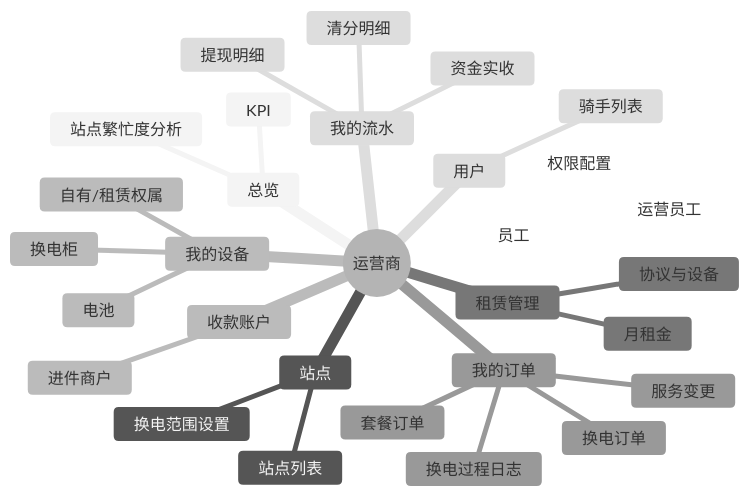
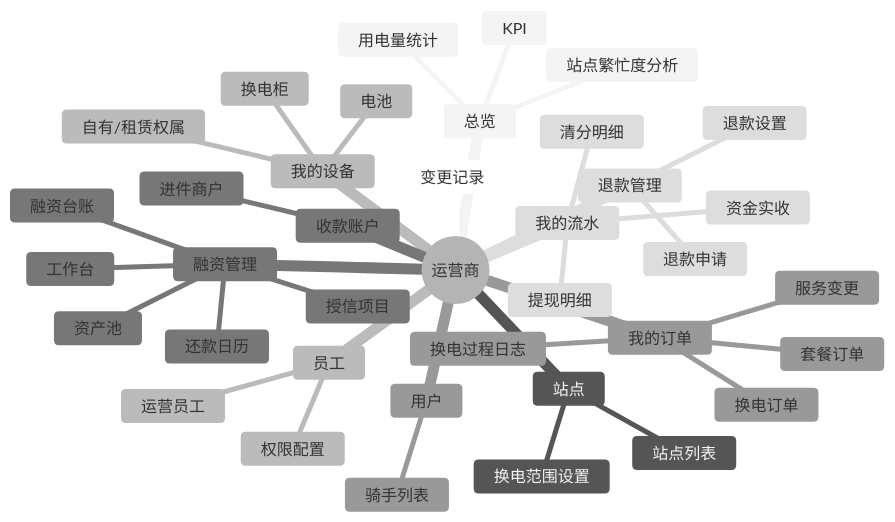
The fourth of 17 diagrams in docs/功能结构与业务流程.md (liudali/rider-swap-operator-prototype), drawn with Mermaid (neutral theme) before and after one commit. The commit also changed other lines of this file and 54 other files, not shown here.

````diff
--- a/docs/功能结构与业务流程.md
+++ b/docs/功能结构与业务流程.md
@@ -81,33 +81,41 @@
 ```mermaid
 mindmap
   root((运营商))
     总览
       KPI
       站点繁忙度分析
+      用电量统计
     站点
       站点列表
       换电范围设置
     我的设备
       换电柜
       电池
       自有/租赁权属
-    租赁管理
-      协议与设备
-      月租金
+    融资管理
+      工作台
+      融资台账
+      授信项目
+      资产池
+      还款日历
     我的订单
       套餐订单
       换电订单
       服务变更
       换电过程日志
+    退款管理
+      退款申请
+      退款设置
+    变更记录
     我的流水
       资金实收
       清分明细
       提现明细
     员工
       运营员工
       权限配置
     用户
       骑手列表
     收款账户
       进件商户
 ```
````
